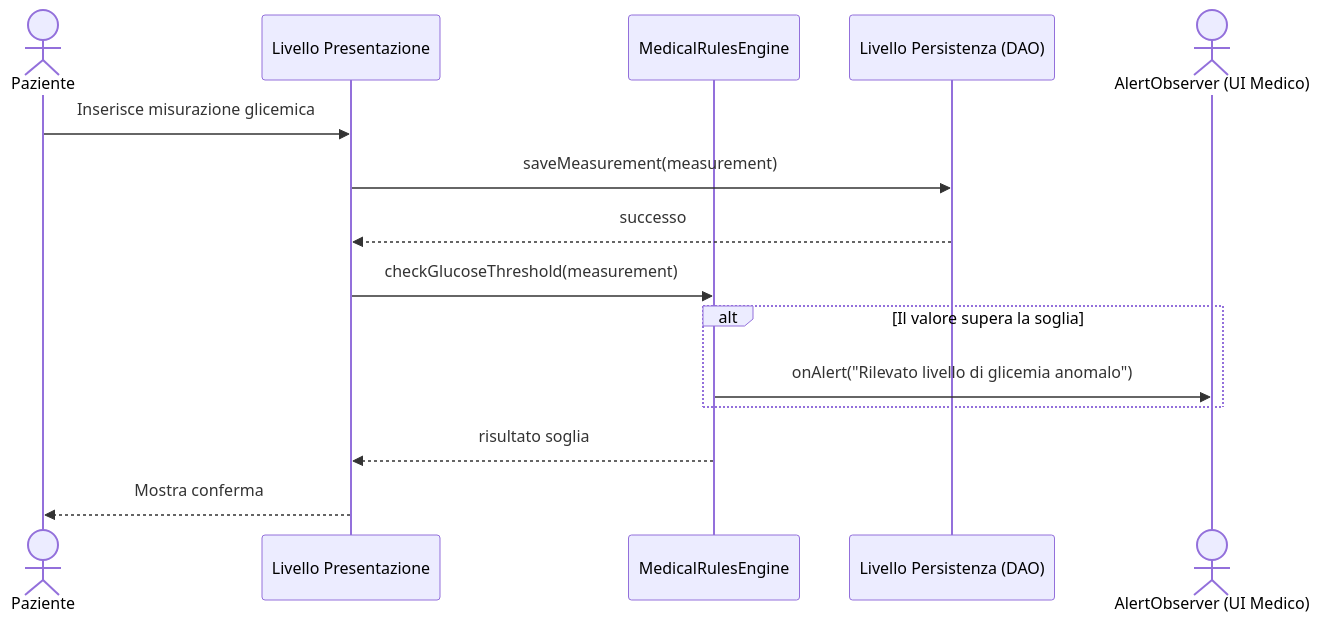
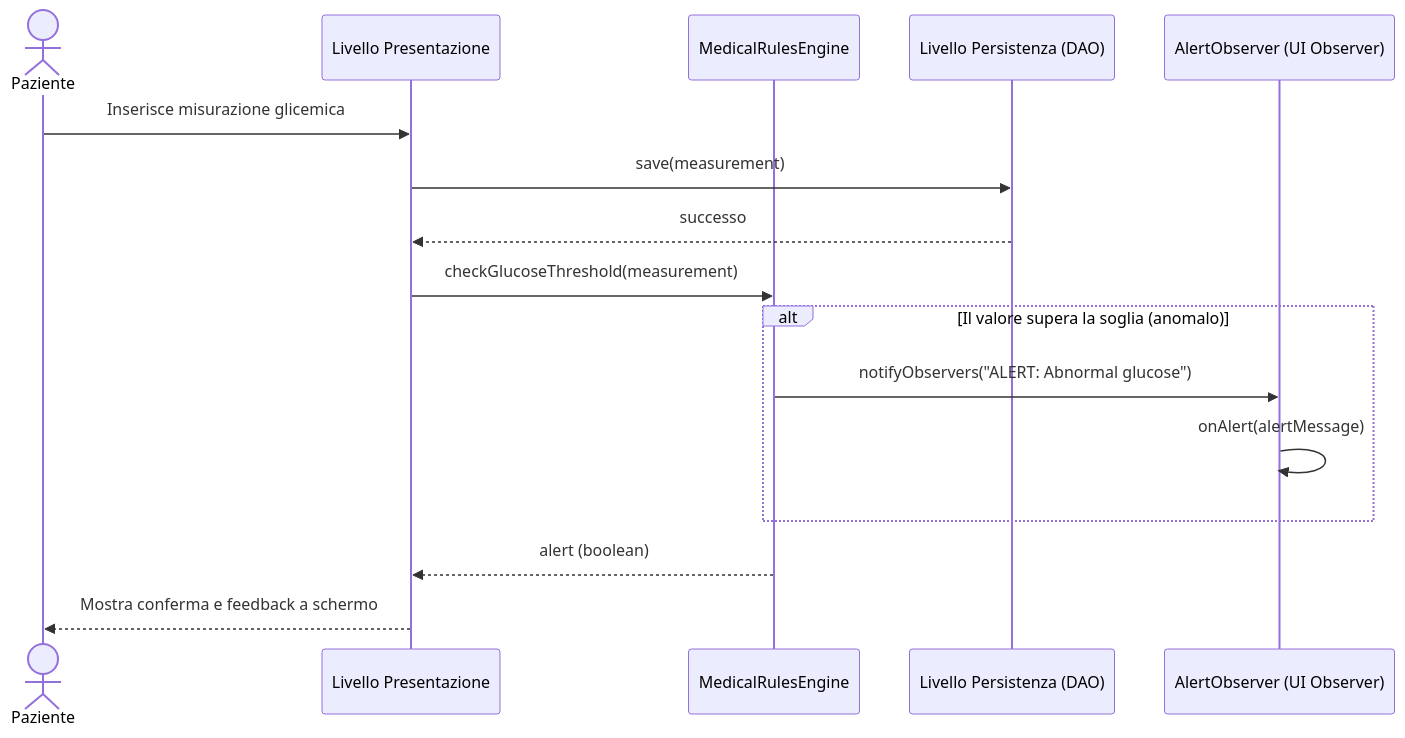
Before and after one commit to SamueleOrazioDurante/telemedicina-ingegneria: the ninth of 13 diagrams in documentazione-it.md, drawn with Mermaid. The commit also changed other lines of this file and 8 other files, not shown here.

Commit message:
refactor: remove redundant drug_name field from DrugIntake domain and database schema

````diff
--- a/documentazione-it.md
+++ b/documentazione-it.md
@@ -477,18 +477,19 @@
 ```mermaid
 sequenceDiagram
     actor Patient as Paziente
     participant GUI as Livello Presentazione
     participant Engine as MedicalRulesEngine
     participant DB as Livello Persistenza (DAO)
-    actor Doctor as AlertObserver (UI Medico)
+    participant Observer as AlertObserver (UI Observer)
 
     Patient->>GUI: Inserisce misurazione glicemica
-    GUI->>DB: saveMeasurement(measurement)
+    GUI->>DB: save(measurement)
     DB-->>GUI: successo
     GUI->>Engine: checkGlucoseThreshold(measurement)
-    alt Il valore supera la soglia
-        Engine->>Doctor: onAlert("Rilevato livello di glicemia anomalo")
+    alt Il valore supera la soglia (anomalo)
+        Engine->>Observer: notifyObservers("ALERT: Abnormal glucose")
+        Observer->>Observer: onAlert(alertMessage)
     end
-    Engine-->>GUI: risultato soglia
-    GUI-->>Patient: Mostra conferma
+    Engine-->>GUI: alert (boolean)
+    GUI-->>Patient: Mostra conferma e feedback a schermo
 ```
````
